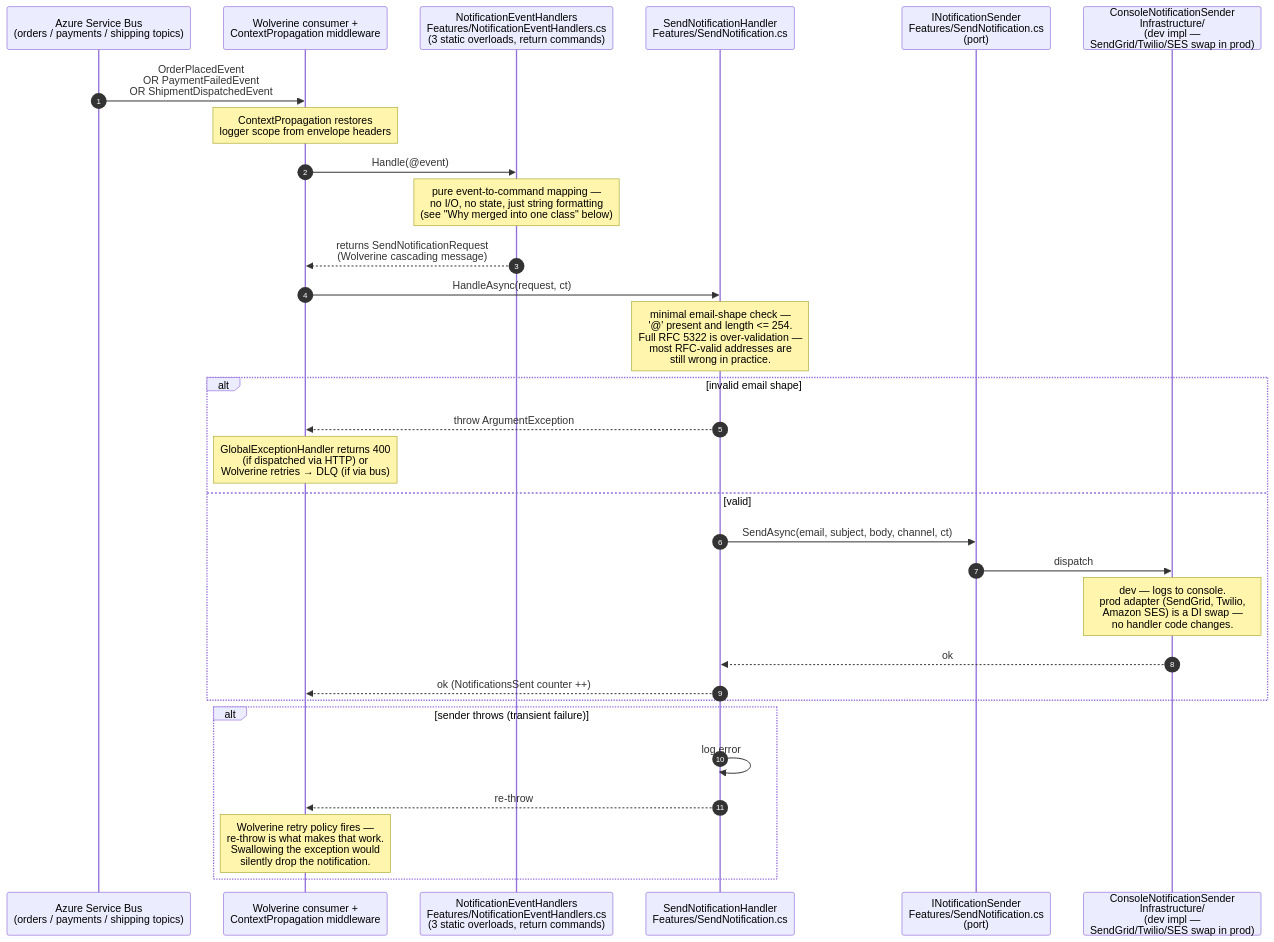
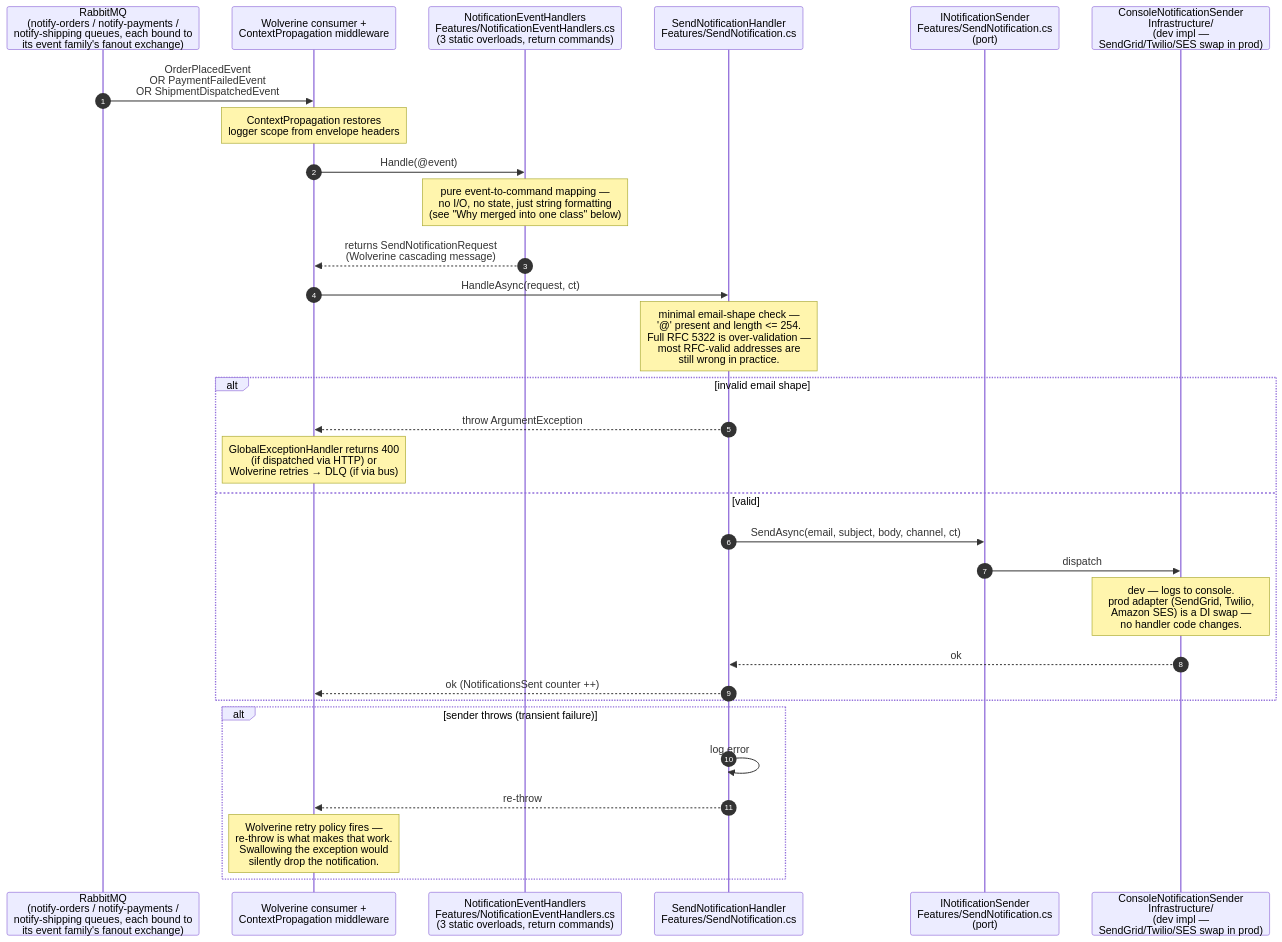
One commit to emeraldleaf/NextAurora changed the first of 2 diagrams in docs/code-flows/notificationservice.md. Above: the diagram before and after it, drawn with Mermaid. The commit also changed other lines of this file and 55 other files, not shown here.

````diff
--- a/docs/code-flows/notificationservice.md
+++ b/docs/code-flows/notificationservice.md
@@ -13,36 +13,36 @@
 ```mermaid
 sequenceDiagram
     autonumber
-    participant ASB as Azure Service Bus<br/>(orders / payments / shipping topics)
+    participant MQ as RabbitMQ<br/>(notify-orders / notify-payments /<br/>notify-shipping queues, each bound to<br/>its event family's fanout exchange)
     participant W as Wolverine consumer +<br/>ContextPropagation middleware
     participant EH as NotificationEventHandlers<br/>Features/NotificationEventHandlers.cs<br/>(3 static overloads, return commands)
     participant SH as SendNotificationHandler<br/>Features/SendNotification.cs
     participant Send as INotificationSender<br/>Features/SendNotification.cs<br/>(port)
     participant CS as ConsoleNotificationSender<br/>Infrastructure/<br/>(dev impl —<br/>SendGrid/Twilio/SES swap in prod)
 
-    ASB->>W: OrderPlacedEvent<br/>OR PaymentFailedEvent<br/>OR ShipmentDispatchedEvent
+    MQ->>W: OrderPlacedEvent<br/>OR PaymentFailedEvent<br/>OR ShipmentDispatchedEvent
     Note over W: ContextPropagation restores<br/>logger scope from envelope headers
     W->>EH: Handle(@event)
     Note over EH: pure event-to-command mapping —<br/>no I/O, no state, just string formatting<br/>(see "Why merged into one class" below)
     EH-->>W: returns SendNotificationRequest<br/>(Wolverine cascading message)
     W->>SH: HandleAsync(request, ct)
 
     Note over SH: minimal email-shape check —<br/>'@' present and length <= 254.<br/>Full RFC 5322 is over-validation —<br/>most RFC-valid addresses are<br/>still wrong in practice.
 
     alt invalid email shape
         SH-->>W: throw ArgumentException
         Note over W: GlobalExceptionHandler returns 400<br/>(if dispatched via HTTP) or<br/>Wolverine retries → DLQ (if via bus)
     else valid
         SH->>Send: SendAsync(email, subject, body, channel, ct)
         Send->>CS: dispatch
         Note over CS: dev — logs to console.<br/>prod adapter (SendGrid, Twilio,<br/>Amazon SES) is a DI swap —<br/>no handler code changes.
         CS-->>SH: ok
         SH-->>W: ok (NotificationsSent counter ++)
     end
 
     alt sender throws (transient failure)
         SH->>SH: log error
         SH-->>W: re-throw
         Note over W: Wolverine retry policy fires —<br/>re-throw is what makes that work.<br/>Swallowing the exception would<br/>silently drop the notification.
     end
 ```
````
